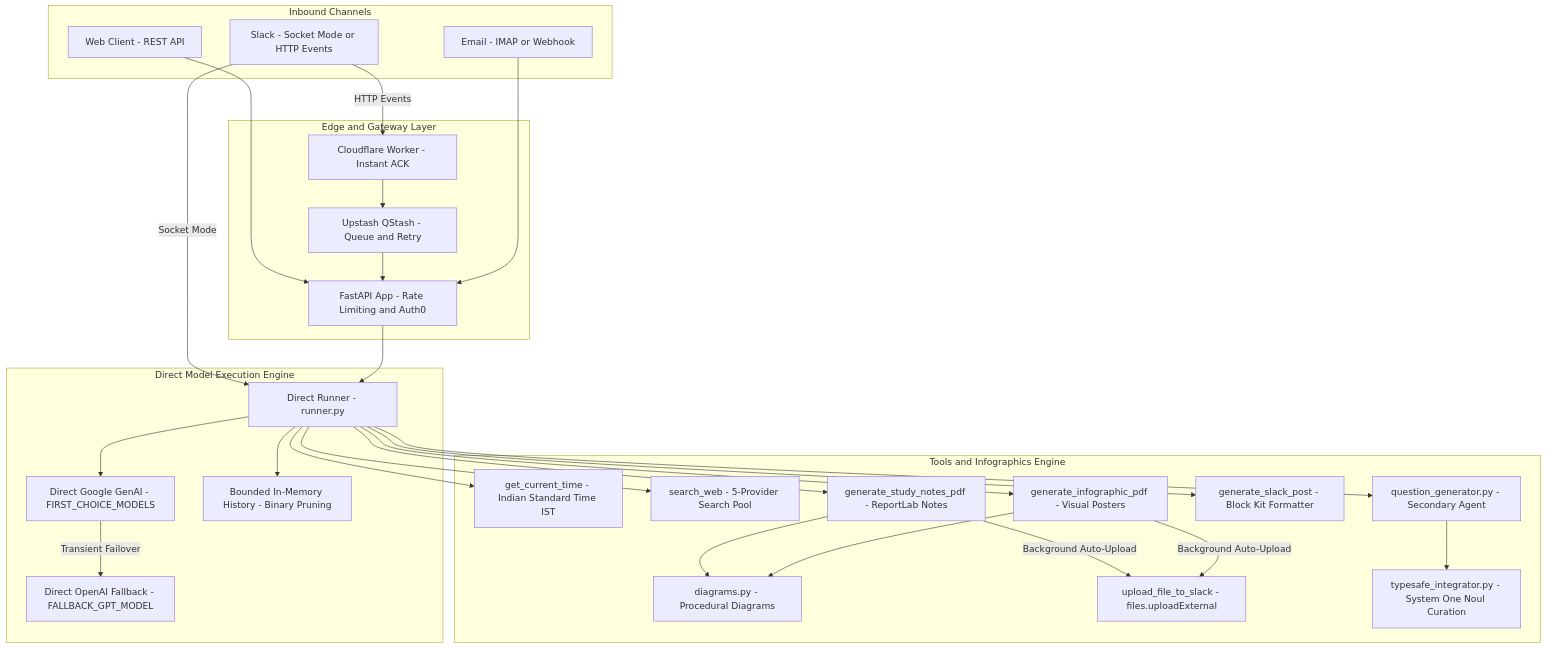
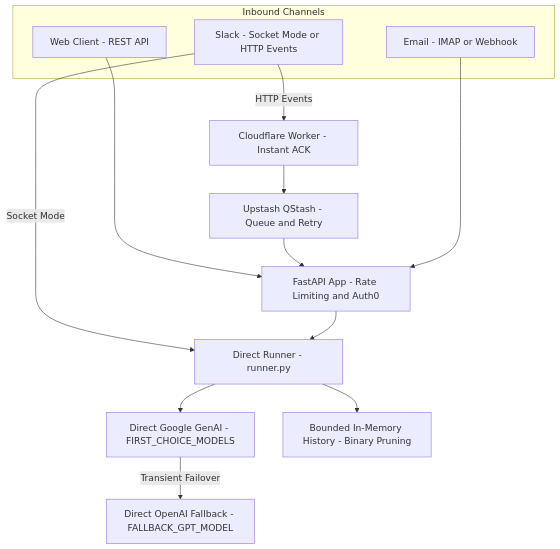
The first of 2 diagrams in docs/index.mdx (AmritSDutta/Aryhant), drawn with Mermaid before and after one commit. The commit also changed other lines of this file and 11 other files, not shown here.

````diff
--- a/docs/index.mdx
+++ b/docs/index.mdx
@@ -12,51 +14,25 @@
 ```mermaid
 flowchart TD
   subgraph Clients["Inbound Channels"]
     Browser["Web Client - REST API"]
     SlackUser["Slack - Socket Mode or HTTP Events"]
     EmailClient["Email - IMAP or Webhook"]
   end
-  subgraph Edge["Edge and Gateway Layer"]
-    CF["Cloudflare Worker - Instant ACK"]
-    QS["Upstash QStash - Queue and Retry"]
-    FastAPI["FastAPI App - Rate Limiting and Auth0"]
-  end
-  subgraph Core["Direct Model Execution Engine"]
-    Runner["Direct Runner - runner.py"]
-    GenAI["Direct Google GenAI - FIRST_CHOICE_MODELS"]
-    GPT["Direct OpenAI Fallback - FALLBACK_GPT_MODEL"]
-    History["Bounded In-Memory History - Binary Pruning"]
-  end
-  subgraph Tools["Tools and Infographics Engine"]
-    TimeTool["get_current_time - Indian Standard Time IST"]
-    SearchTool["search_web - 5-Provider Search Pool"]
-    NotesTool["generate_study_notes_pdf - ReportLab Notes"]
-    PosterTool["generate_infographic_pdf - Visual Posters"]
-    Diagrams["diagrams.py - Procedural Diagrams"]
-    UploadTool["upload_file_to_slack - files.uploadExternal"]
-    PostGen["generate_slack_post - Block Kit Formatter"]
-    QAEngine["question_generator.py - Secondary Agent"]
-    TypeSafe["typesafe_integrator.py - System One Noul Curation"]
-  end
+  CF["Cloudflare Worker - Instant ACK"]
+  QS["Upstash QStash - Queue and Retry"]
+  FastAPI["FastAPI App - Rate Limiting and Auth0"]
+  Runner["Direct Runner - runner.py"]
+  GenAI["Direct Google GenAI - FIRST_CHOICE_MODELS"]
+  GPT["Direct OpenAI Fallback - FALLBACK_GPT_MODEL"]
+  History["Bounded In-Memory History - Binary Pruning"]
   Browser --> FastAPI
   SlackUser -->|Socket Mode| Runner
   SlackUser -->|HTTP Events| CF
   CF --> QS
   QS --> FastAPI
   EmailClient --> FastAPI
   FastAPI --> Runner
   Runner --> History
   Runner --> GenAI
   GenAI -->|Transient Failover| GPT
-  Runner --> TimeTool
-  Runner --> SearchTool
-  Runner --> NotesTool
-  Runner --> PosterTool
-  Runner --> QAEngine
-  QAEngine --> TypeSafe
-  NotesTool --> Diagrams
-  PosterTool --> Diagrams
-  NotesTool -->|Background Auto-Upload| UploadTool
-  PosterTool -->|Background Auto-Upload| UploadTool
-  Runner --> PostGen
 ```
````
